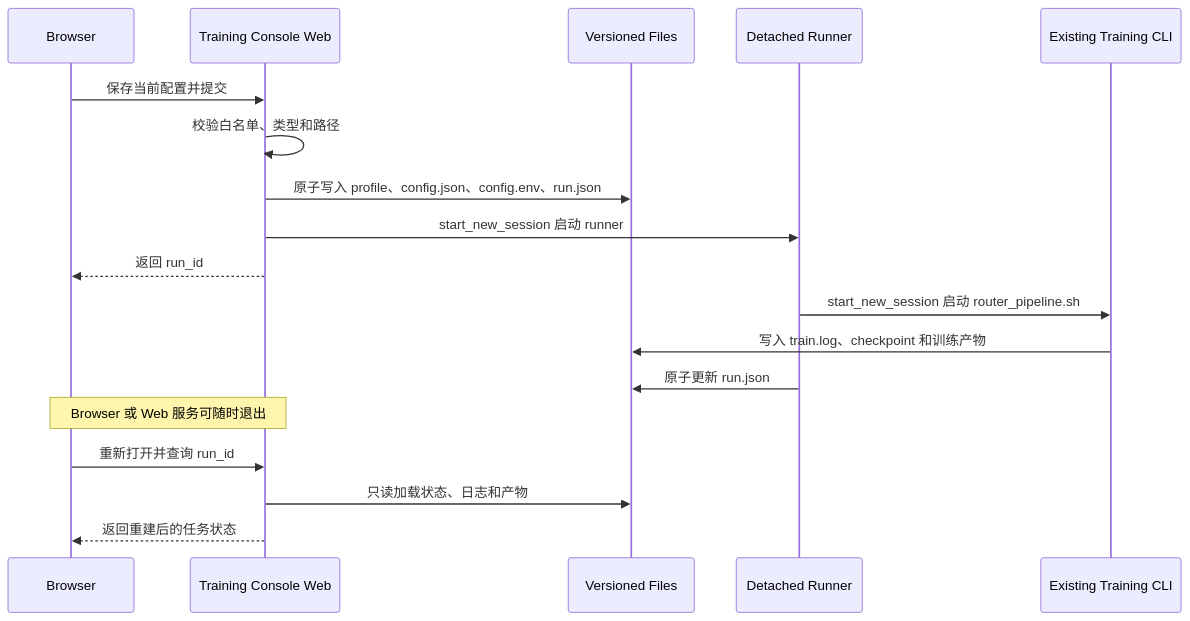
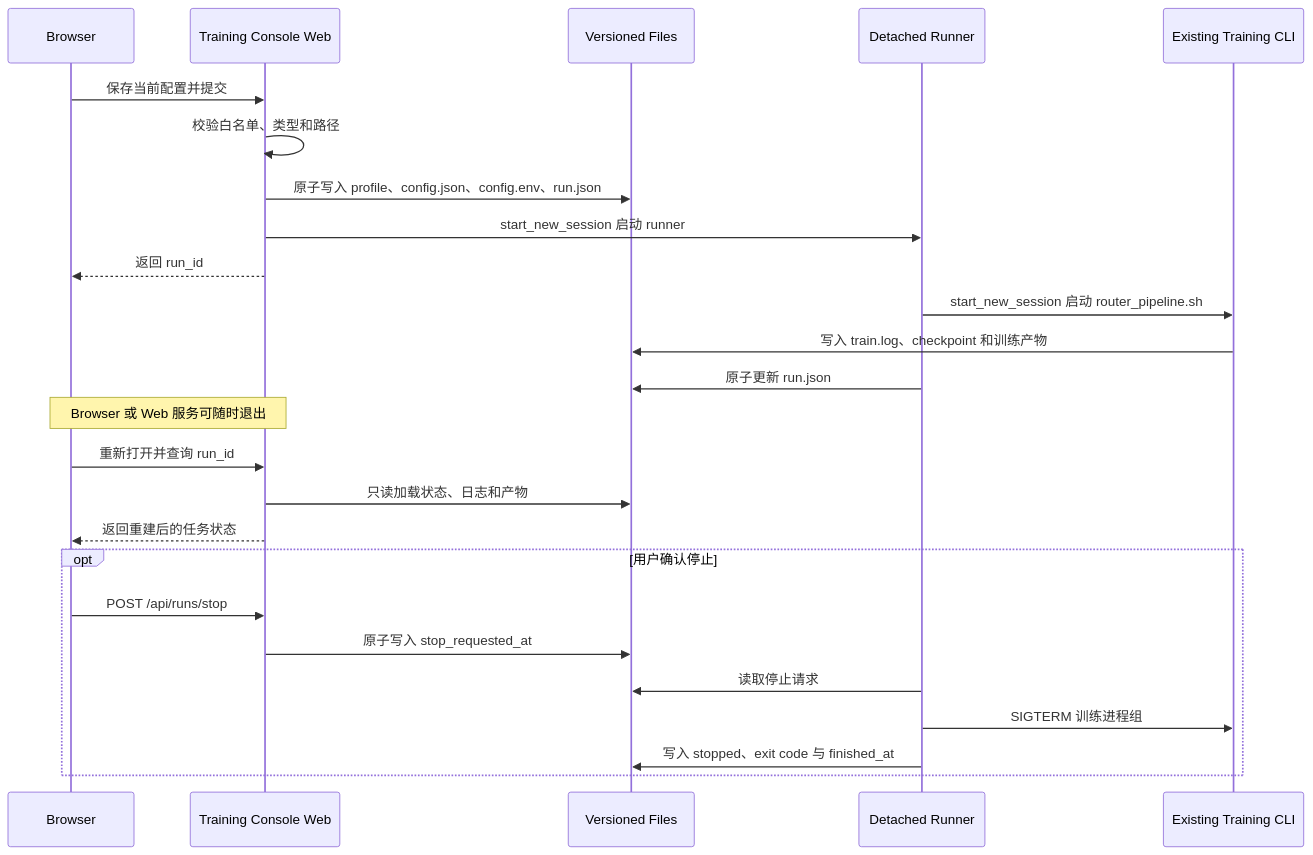
The diagram in docs/training-console/design.md (doujzc/LLMGen), drawn with Mermaid before and after one commit. The commit also changed other lines of this file and 8 other files, not shown here.

````diff
--- a/docs/training-console/design.md
+++ b/docs/training-console/design.md
@@ -538,21 +570,28 @@
 ```mermaid
 sequenceDiagram
     participant B as Browser
     participant W as Training Console Web
     participant F as Versioned Files
     participant R as Detached Runner
     participant T as Existing Training CLI
 
     B->>W: 保存当前配置并提交
     W->>W: 校验白名单、类型和路径
     W->>F: 原子写入 profile、config.json、config.env、run.json
     W->>R: start_new_session 启动 runner
     W-->>B: 返回 run_id
     R->>T: start_new_session 启动 router_pipeline.sh
     T->>F: 写入 train.log、checkpoint 和训练产物
     R->>F: 原子更新 run.json
     Note over B,W: Browser 或 Web 服务可随时退出
     B->>W: 重新打开并查询 run_id
     W->>F: 只读加载状态、日志和产物
     W-->>B: 返回重建后的任务状态
+    opt 用户确认停止
+        B->>W: POST /api/runs/stop
+        W->>F: 原子写入 stop_requested_at
+        R->>F: 读取停止请求
+        R->>T: SIGTERM 训练进程组
+        R->>F: 写入 stopped、exit code 与 finished_at
+    end
 ```
````
